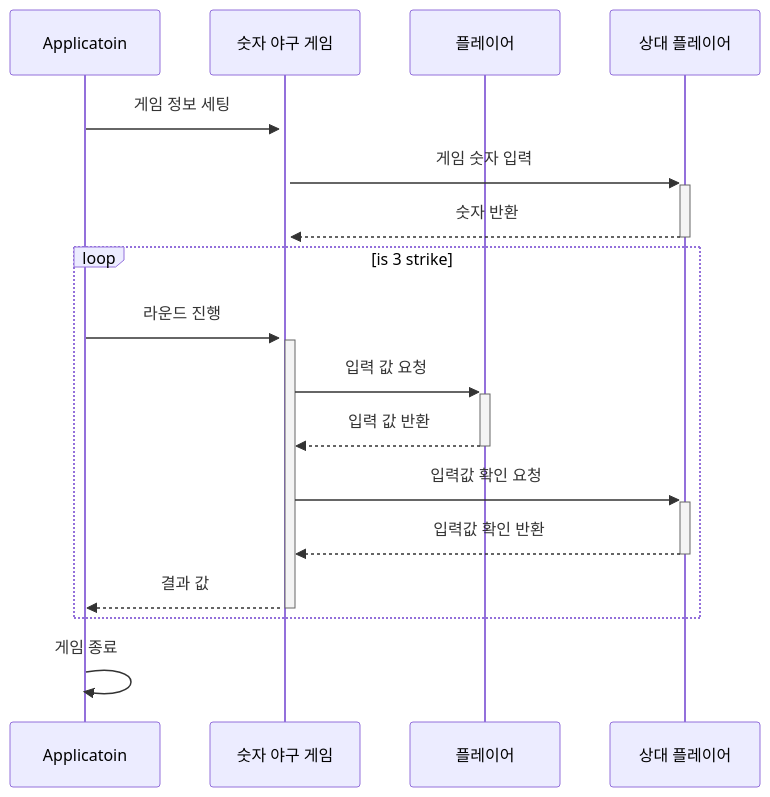
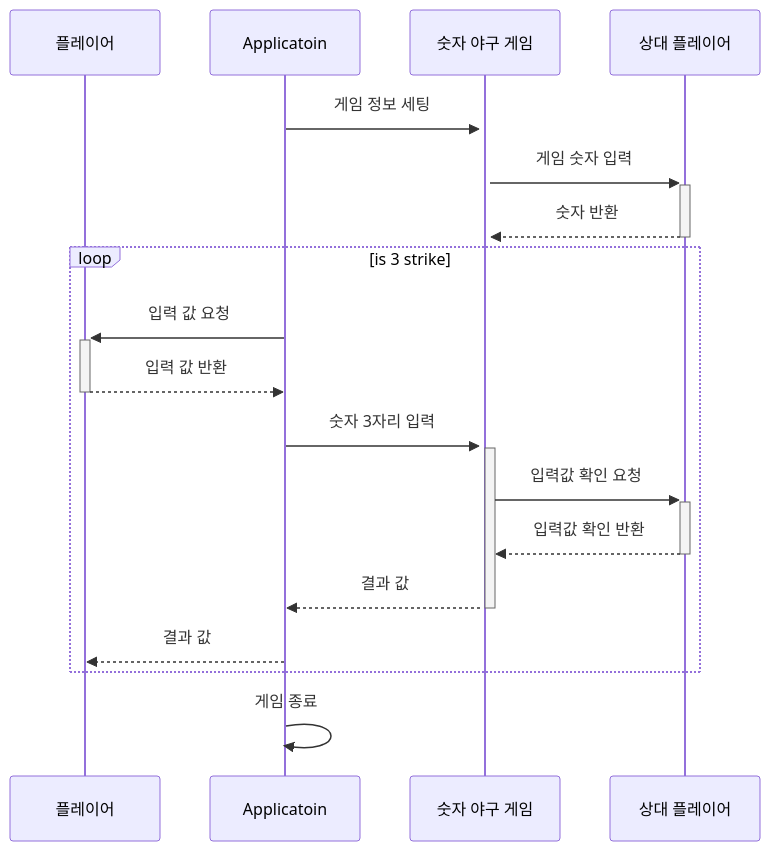
The first of 2 diagrams in docs/README.md (woowacourse-precourse/java-baseball-6), drawn with Mermaid before and after one commit. The commit also changed other lines of this file, not shown here.

````diff
--- a/docs/README.md
+++ b/docs/README.md
@@ -34,21 +71,22 @@
 ```mermaid
 sequenceDiagram
+    participant player as 플레이어
     participant app as Applicatoin
     participant game as 숫자 야구 게임
-    participant player as 플레이어
     participant other as 상대 플레이어
 
 
     app ->>+ game: 게임 정보 세팅
     game ->>+ other: 게임 숫자 입력
     other -->>- game: 숫자 반환
     loop is 3 strike
-    app ->>+ game: 라운드 진행
-    game ->>+ player: 입력 값 요청
-    player -->>- game: 입력 값 반환
+    app ->>+ player: 입력 값 요청
+    player -->>- app: 입력 값 반환
+    app ->>+ game: 숫자 3자리 입력
     game ->>+ other: 입력값 확인 요청
     other -->>- game: 입력값 확인 반환
     game -->>- app: 결과 값
+    app -->> player: 결과 값
     end
     app ->> app: 게임 종료
 ```
````
